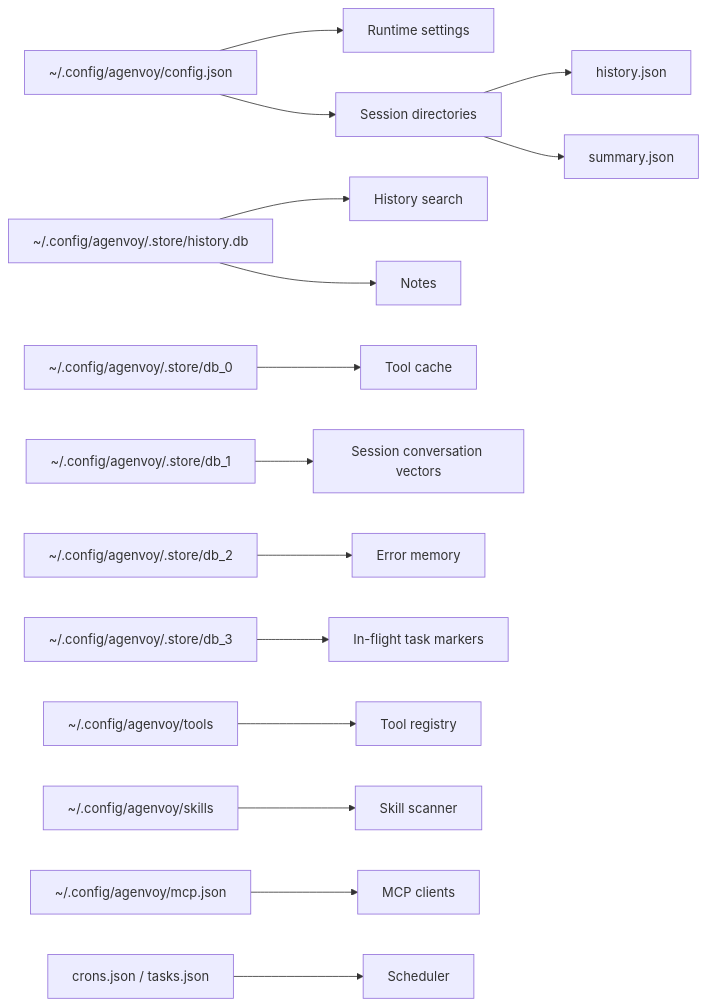
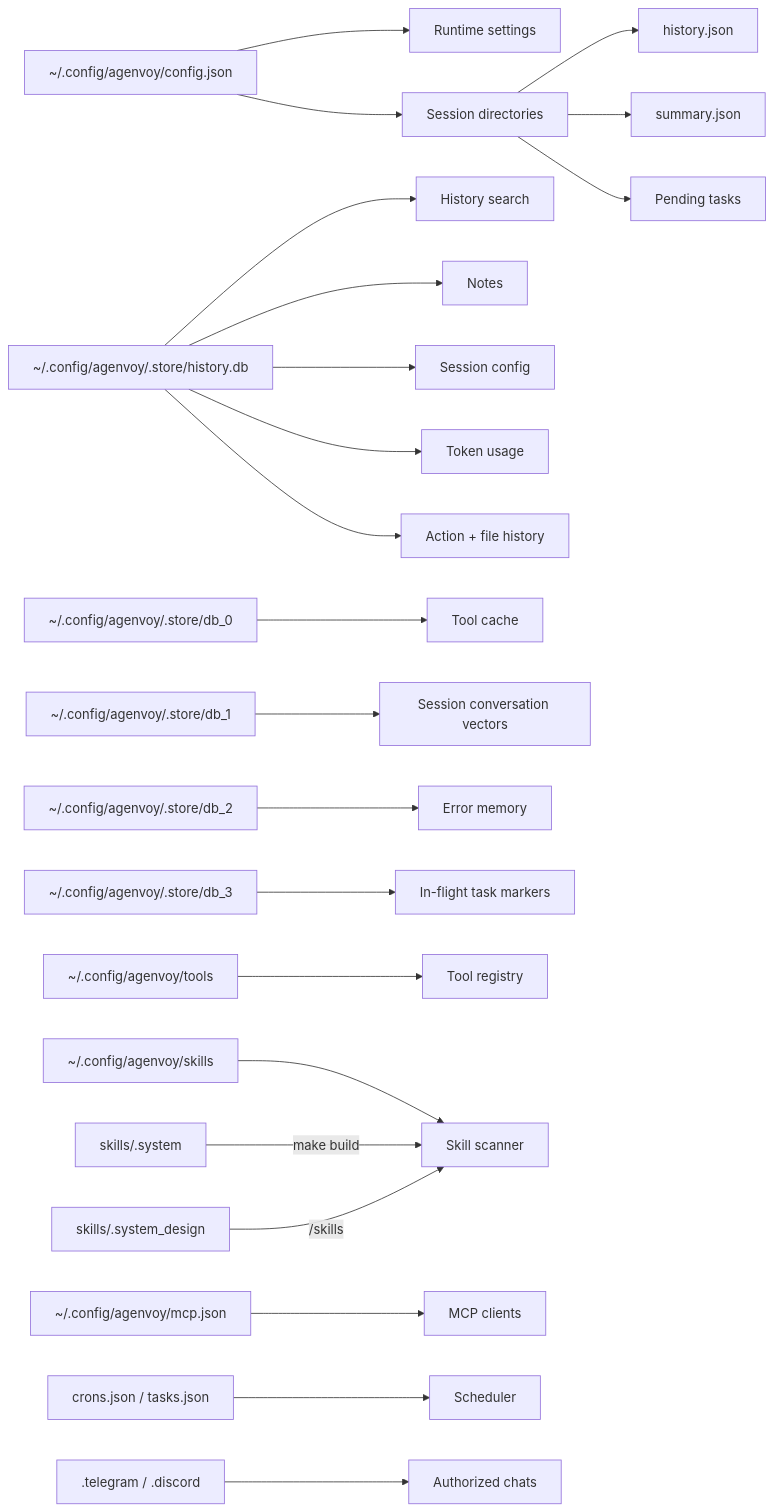
One commit to agenvoy/Agenvoy changed the ninth of 9 diagrams in doc/architecture.md. Above: the diagram before and after it, drawn with Mermaid. The commit also changed other lines of this file and 3 other files, not shown here.

Commit message:
doc: Update architecture and runtime documentation

````diff
--- a/doc/architecture.md
+++ b/doc/architecture.md
@@ -182,17 +187,24 @@
 ```mermaid
 flowchart LR
     Config[~/.config/agenvoy/config.json] --> Runtime[Runtime settings]
     Config --> Sessions[Session directories]
     Sessions --> History[history.json]
     Sessions --> Summary[summary.json]
+    Sessions --> Pending[Pending tasks]
     SQLite[~/.config/agenvoy/.store/history.db] --> Search[History search]
     SQLite --> Note[Notes]
+    SQLite --> SessionConfig[Session config]
+    SQLite --> Usage[Token usage]
+    SQLite --> ActionHistory[Action + file history]
     Torii0[~/.config/agenvoy/.store/db_0] --> ToolCache[Tool cache]
     Torii1[~/.config/agenvoy/.store/db_1] --> SessionMemory[Session conversation vectors]
     Torii2[~/.config/agenvoy/.store/db_2] --> ErrorMemory[Error memory]
     Torii3[~/.config/agenvoy/.store/db_3] --> Online[In-flight task markers]
     Tools[~/.config/agenvoy/tools] --> Registry[Tool registry]
     Skills[~/.config/agenvoy/skills] --> Scanner[Skill scanner]
+    SystemSkills[skills/.system] -->|make build| Scanner
+    DesignSkills[skills/.system_design] -->|/skills| Scanner
     MCP[~/.config/agenvoy/mcp.json] --> MCPClient[MCP clients]
     Schedules[crons.json / tasks.json] --> Scheduler[Scheduler]
+    Auth[.telegram / .discord] --> Channels[Authorized chats]
 ```
````
